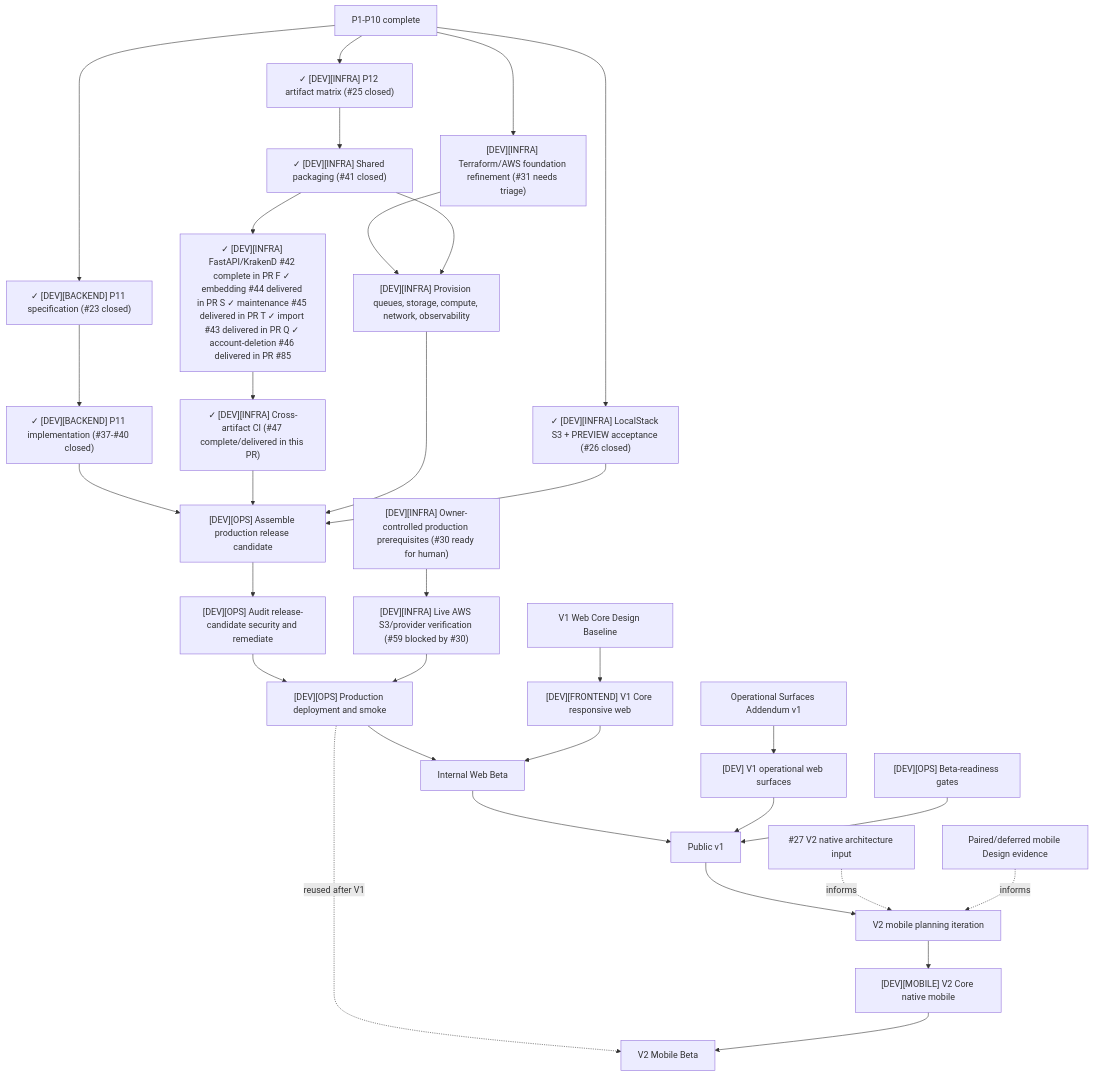
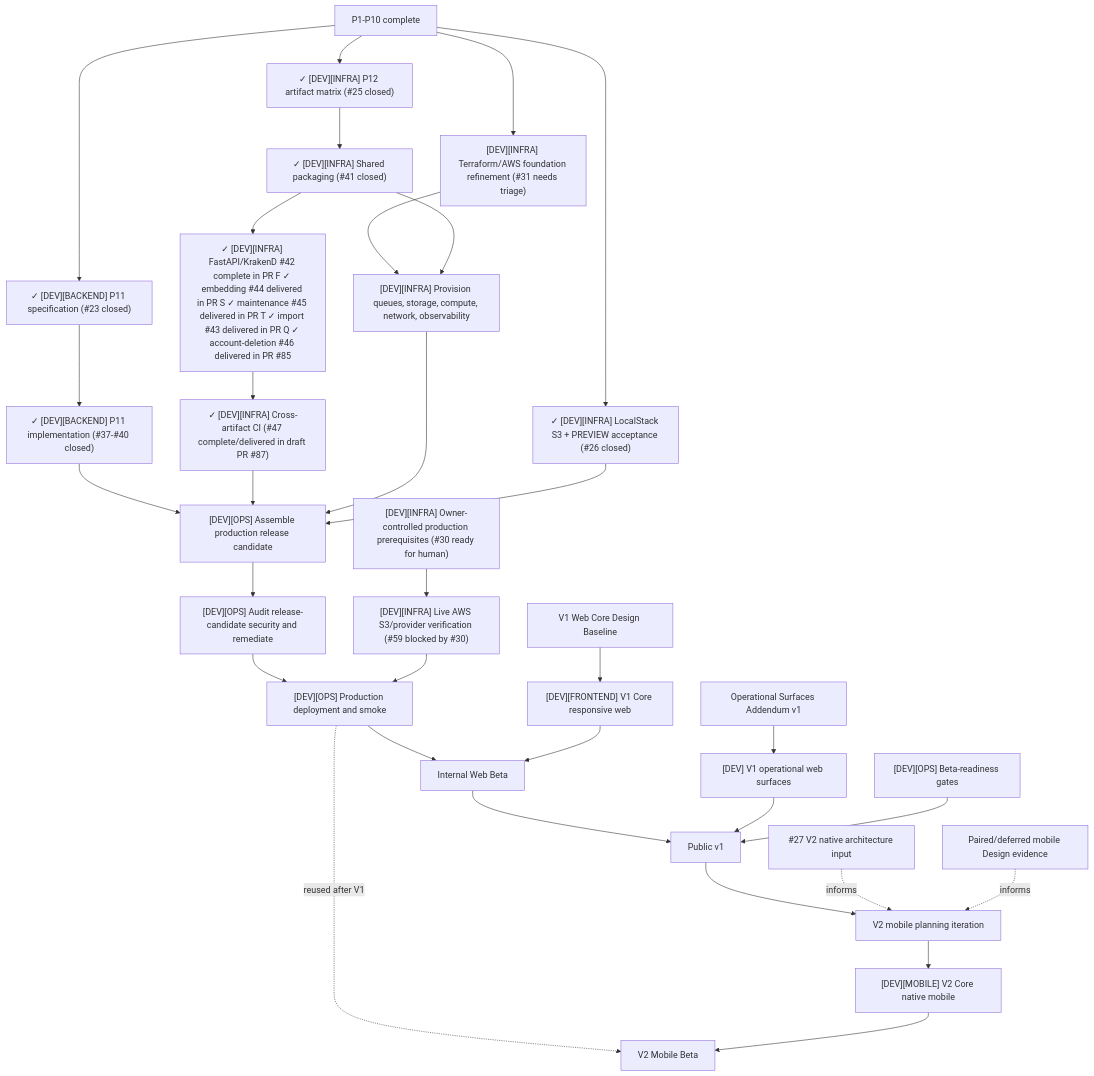
One commit to starkovalera/recipe-manager changed the diagram in docs/architecture/production-roadmap.md. Above: the diagram before and after it, drawn with Mermaid. The commit also changed other lines of this file and 2 other files, not shown here.

````diff
--- a/docs/architecture/production-roadmap.md
+++ b/docs/architecture/production-roadmap.md
@@ -215,41 +215,41 @@
 ```mermaid
 flowchart TD
   p10["P1-P10 complete"]
   p10 --> p11Spec["✓ [DEV][BACKEND] P11 specification (#23 closed)"]
   p11Spec --> p11Implementation["✓ [DEV][BACKEND] P11 implementation (#37-#40 closed)"]
   p10 --> p12Spec["✓ [DEV][INFRA] P12 artifact matrix (#25 closed)"]
   p12Spec --> p12Shared["✓ [DEV][INFRA] Shared packaging (#41 closed)"]
   p12Shared --> p12Artifacts["✓ [DEV][INFRA] FastAPI/KrakenD #42 complete in PR #70; ✓ embedding #44 delivered in PR #83; ✓ maintenance #45 delivered in PR #84; ✓ import #43 delivered in PR #81; ✓ account-deletion #46 delivered in PR #85"]
-  p12Artifacts --> p12Ci["✓ [DEV][INFRA] Cross-artifact CI (#47 complete/delivered in this PR)"]
+  p12Artifacts --> p12Ci["✓ [DEV][INFRA] Cross-artifact CI (#47 complete/delivered in draft PR #87)"]
   p10 --> localstack["✓ [DEV][INFRA] LocalStack S3 + PREVIEW acceptance (#26 closed)"]
   p10 --> tfFoundation["[DEV][INFRA] Terraform/AWS foundation refinement (#31 needs triage)"]
   ownerInputs["[DEV][INFRA] Owner-controlled production prerequisites (#30 ready for human)"]
   ownerInputs --> liveAws["[DEV][INFRA] Live AWS S3/provider verification (#59 blocked by #30)"]
 
   tfFoundation --> cloudResources["[DEV][INFRA] Provision queues, storage, compute, network, observability"]
   p12Shared --> cloudResources
 
   p11Implementation --> releaseCandidate["[DEV][OPS] Assemble production release candidate"]
   p12Ci --> releaseCandidate
   cloudResources --> releaseCandidate
   localstack --> releaseCandidate
   releaseCandidate --> security["[DEV][OPS] Audit release-candidate security and remediate"]
   security --> technicalProd["[DEV][OPS] Production deployment and smoke"]
   liveAws --> technicalProd
 
   designCore["V1 Web Core Design Baseline"] --> web["[DEV][FRONTEND] V1 Core responsive web"]
   technicalProd --> webBeta["Internal Web Beta"]
   web --> webBeta
 
   designOps["Operational Surfaces Addendum v1"] --> operationalClients["[DEV] V1 operational web surfaces"]
   webBeta --> publicV1["Public v1"]
   operationalClients --> publicV1
   beta["[DEV][OPS] Beta-readiness gates"] --> publicV1
 
   publicV1 --> v2Planning["V2 mobile planning iteration"]
   mobileResearch["#27 V2 native architecture input"] -. informs .-> v2Planning
   pairedDesign["Paired/deferred mobile Design evidence"] -. informs .-> v2Planning
   v2Planning --> mobile["[DEV][MOBILE] V2 Core native mobile"]
   technicalProd -. reused after V1 .-> mobileBeta["V2 Mobile Beta"]
   mobile --> mobileBeta
 ```
````
